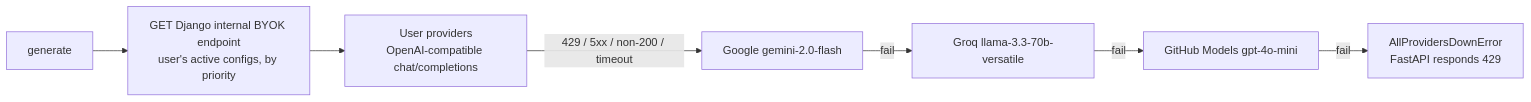
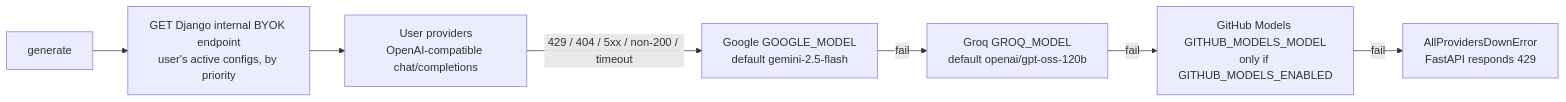
Before and after one commit to muhammedsiinanmp/Devmind: the fifth of 10 diagrams in docs/SYSTEM_ARCHITECTURE.md, drawn with Mermaid. The commit also changed other lines of this file and 3 other files, not shown here.

````diff
--- a/docs/SYSTEM_ARCHITECTURE.md
+++ b/docs/SYSTEM_ARCHITECTURE.md
@@ -312,9 +312,9 @@
 ```mermaid
 flowchart LR
     A[generate] --> B[GET Django internal BYOK endpoint<br/>user's active configs, by priority]
     B --> C[User providers<br/>OpenAI-compatible chat/completions]
-    C -->|429 / 5xx / non-200 / timeout| D[Google gemini-2.0-flash]
-    D -->|fail| E[Groq llama-3.3-70b-versatile]
-    E -->|fail| F[GitHub Models gpt-4o-mini]
+    C -->|429 / 404 / 5xx / non-200 / timeout| D[Google GOOGLE_MODEL<br/>default gemini-2.5-flash]
+    D -->|fail| E[Groq GROQ_MODEL<br/>default openai/gpt-oss-120b]
+    E -->|fail| F[GitHub Models GITHUB_MODELS_MODEL<br/>only if GITHUB_MODELS_ENABLED]
     F -->|fail| G[AllProvidersDownError<br/>FastAPI responds 429]
 ```
````
